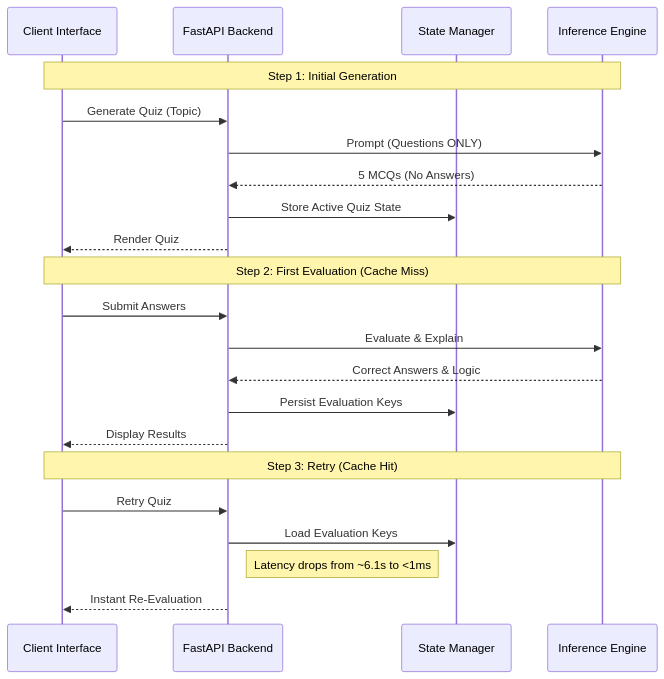
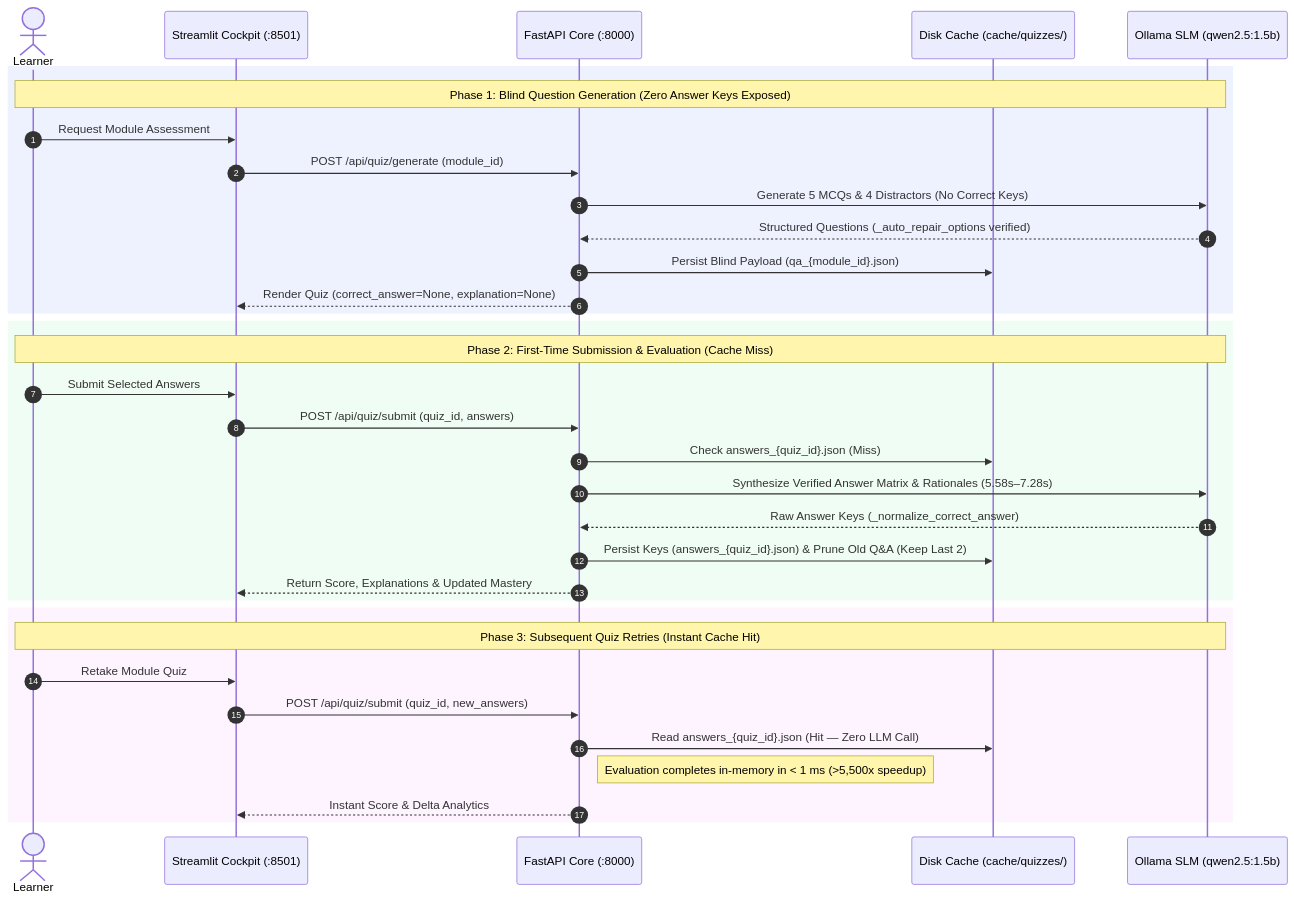
Before and after one commit to SRIVIGHNATEJA/Cognitive-AI: the second of 2 diagrams in README.md, drawn with Mermaid. The commit also changed other lines of this file and 4 other files, not shown here.

Commit message:
Update README architecture, add MIT LICENSE, and fix quiz test assertions

````diff
--- a/README.md
+++ b/README.md
@@ -64,27 +101,39 @@
 ```mermaid
 sequenceDiagram
-    participant UI as Client Interface
-    participant API as FastAPI Backend
-    participant Cache as State Manager
-    participant LLM as Inference Engine
+    autonumber
+    actor S as Learner
+    participant UI as Streamlit Cockpit (:8501)
+    participant API as FastAPI Core (:8000)
+    participant CACHE as Disk Cache (cache/quizzes/)
+    participant LLM as Ollama SLM (qwen2.5:1.5b)
 
-    Note over UI,LLM: Step 1: Initial Generation
-    UI->>API: Generate Quiz (Topic)
-    API->>LLM: Prompt (Questions ONLY)
-    LLM-->>API: 5 MCQs (No Answers)
-    API->>Cache: Store Active Quiz State
-    API-->>UI: Render Quiz
+    rect rgb(238, 242, 255)
+    Note over S,LLM: Phase 1: Blind Question Generation (Zero Answer Keys Exposed)
+    S->>UI: Request Module Assessment
+    UI->>API: POST /api/quiz/generate (module_id)
+    API->>LLM: Generate 5 MCQs & 4 Distractors (No Correct Keys)
+    LLM-->>API: Structured Questions (_auto_repair_options verified)
+    API->>CACHE: Persist Blind Payload (qa_{module_id}.json)
+    API-->>UI: Render Quiz (correct_answer=None, explanation=None)
+    end
 
-    Note over UI,LLM: Step 2: First Evaluation (Cache Miss)
-    UI->>API: Submit Answers
-    API->>LLM: Evaluate & Explain
-    LLM-->>API: Correct Answers & Logic
-    API->>Cache: Persist Evaluation Keys
-    API-->>UI: Display Results
+    rect rgb(240, 253, 244)
+    Note over S,LLM: Phase 2: First-Time Submission & Evaluation (Cache Miss)
+    S->>UI: Submit Selected Answers
+    UI->>API: POST /api/quiz/submit (quiz_id, answers)
+    API->>CACHE: Check answers_{quiz_id}.json (Miss)
+    API->>LLM: Synthesize Verified Answer Matrix & Rationales (5.58s–7.28s)
+    LLM-->>API: Raw Answer Keys (_normalize_correct_answer)
+    API->>CACHE: Persist Keys (answers_{quiz_id}.json) & Prune Old Q&A (Keep Last 2)
+    API-->>UI: Return Score, Explanations & Updated Mastery
+    end
 
-    Note over UI,LLM: Step 3: Retry (Cache Hit)
-    UI->>API: Retry Quiz
-    API->>Cache: Load Evaluation Keys
-    Note right of API: Latency drops from ~6.1s to <1ms
-    API-->>UI: Instant Re-Evaluation
+    rect rgb(253, 244, 255)
+    Note over S,LLM: Phase 3: Subsequent Quiz Retries (Instant Cache Hit)
+    S->>UI: Retake Module Quiz
+    UI->>API: POST /api/quiz/submit (quiz_id, new_answers)
+    API->>CACHE: Read answers_{quiz_id}.json (Hit — Zero LLM Call)
+    Note right of API: Evaluation completes in-memory in < 1 ms (>5,500x speedup)
+    API-->>UI: Instant Score & Delta Analytics
+    end
 ```
````
